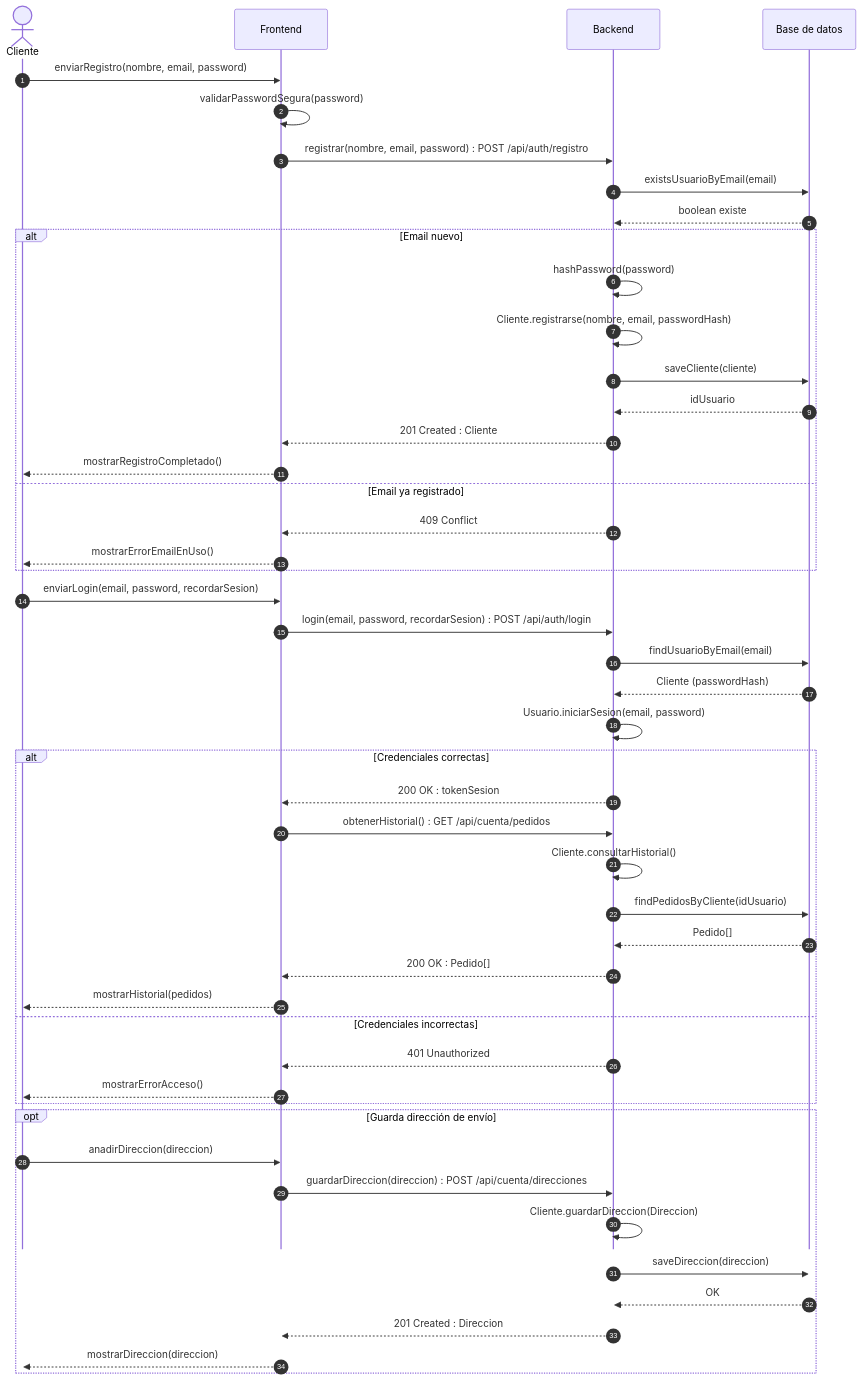
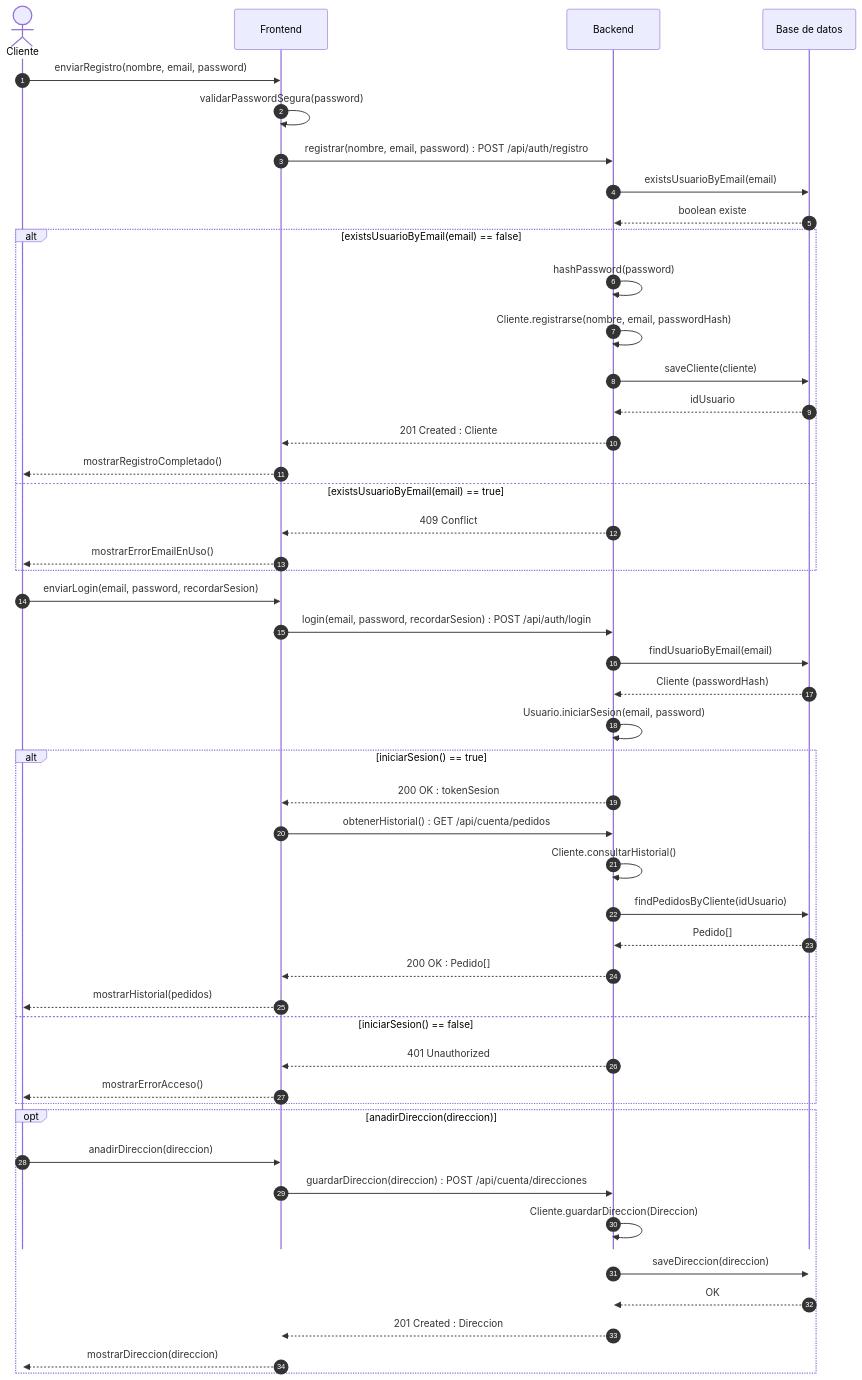
The diagram in Practica3_G11_LaTeX/codigo/sec_us08.mmd (ajgarciarias10/PR3GPS), drawn with Mermaid before and after one commit. The commit also changed 22 other files, not shown here.

```diff
--- a/Practica3_G11_LaTeX/codigo/sec_us08.mmd
+++ b/Practica3_G11_LaTeX/codigo/sec_us08.mmd
@@ -1,49 +1,49 @@
 %%{init: {'sequence': {'mirrorActors': false}}}%%
 sequenceDiagram
     autonumber
     actor U as Cliente
     participant FE as Frontend
     participant BE as Backend
     participant DB as Base de datos
     U->>FE: enviarRegistro(nombre, email, password)
     FE->>FE: validarPasswordSegura(password)
     FE->>BE: registrar(nombre, email, password) : POST /api/auth/registro
     BE->>DB: existsUsuarioByEmail(email)
     DB-->>BE: boolean existe
-    alt Email nuevo
+    alt existsUsuarioByEmail(email) == false
         BE->>BE: hashPassword(password)
         BE->>BE: Cliente.registrarse(nombre, email, passwordHash)
         BE->>DB: saveCliente(cliente)
         DB-->>BE: idUsuario
         BE-->>FE: 201 Created : Cliente
         FE-->>U: mostrarRegistroCompletado()
-    else Email ya registrado
+    else existsUsuarioByEmail(email) == true
         BE-->>FE: 409 Conflict
         FE-->>U: mostrarErrorEmailEnUso()
     end
     U->>FE: enviarLogin(email, password, recordarSesion)
     FE->>BE: login(email, password, recordarSesion) : POST /api/auth/login
     BE->>DB: findUsuarioByEmail(email)
     DB-->>BE: Cliente (passwordHash)
     BE->>BE: Usuario.iniciarSesion(email, password)
-    alt Credenciales correctas
+    alt iniciarSesion() == true
         BE-->>FE: 200 OK : tokenSesion
         FE->>BE: obtenerHistorial() : GET /api/cuenta/pedidos
         BE->>BE: Cliente.consultarHistorial()
         BE->>DB: findPedidosByCliente(idUsuario)
         DB-->>BE: Pedido[]
         BE-->>FE: 200 OK : Pedido[]
         FE-->>U: mostrarHistorial(pedidos)
-    else Credenciales incorrectas
+    else iniciarSesion() == false
         BE-->>FE: 401 Unauthorized
         FE-->>U: mostrarErrorAcceso()
     end
-    opt Guarda dirección de envío
+    opt anadirDireccion(direccion)
         U->>FE: anadirDireccion(direccion)
         FE->>BE: guardarDireccion(direccion) : POST /api/cuenta/direcciones
         BE->>BE: Cliente.guardarDireccion(Direccion)
         BE->>DB: saveDireccion(direccion)
         DB-->>BE: OK
         BE-->>FE: 201 Created : Direccion
         FE-->>U: mostrarDireccion(direccion)
     end
```
